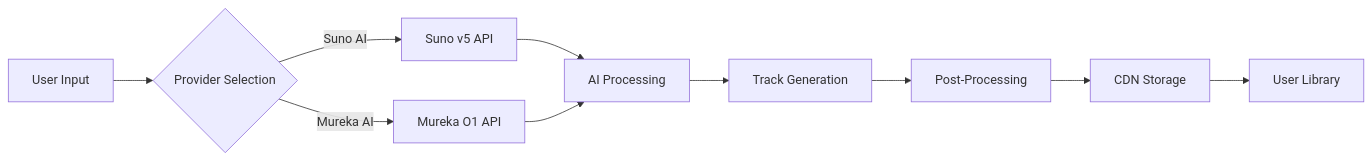
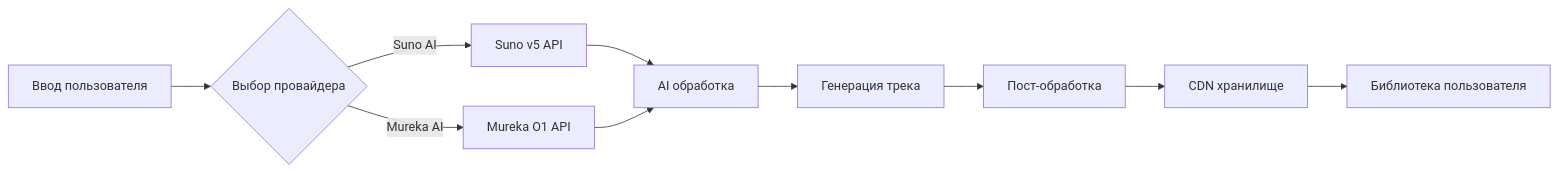
Before and after one commit to HOW2AI-AGENCY/albert3-muse-synth-studio: the first of 9 diagrams in README.md, drawn with Mermaid. The commit also changed other lines of this file, not shown here.

````diff
--- a/README.md
+++ b/README.md
@@ -71,12 +74,12 @@
 ```mermaid
 graph LR
-    A[User Input] --> B{Provider Selection}
+    A[Ввод пользователя] --> B{Выбор провайдера}
     B -->|Suno AI| C[Suno v5 API]
     B -->|Mureka AI| D[Mureka O1 API]
-    C --> E[AI Processing]
+    C --> E[AI обработка]
     D --> E
-    E --> F[Track Generation]
-    F --> G[Post-Processing]
-    G --> H[CDN Storage]
-    H --> I[User Library]
+    E --> F[Генерация трека]
+    F --> G[Пост-обработка]
+    G --> H[CDN хранилище]
+    H --> I[Библиотека пользователя]
 ```
````
